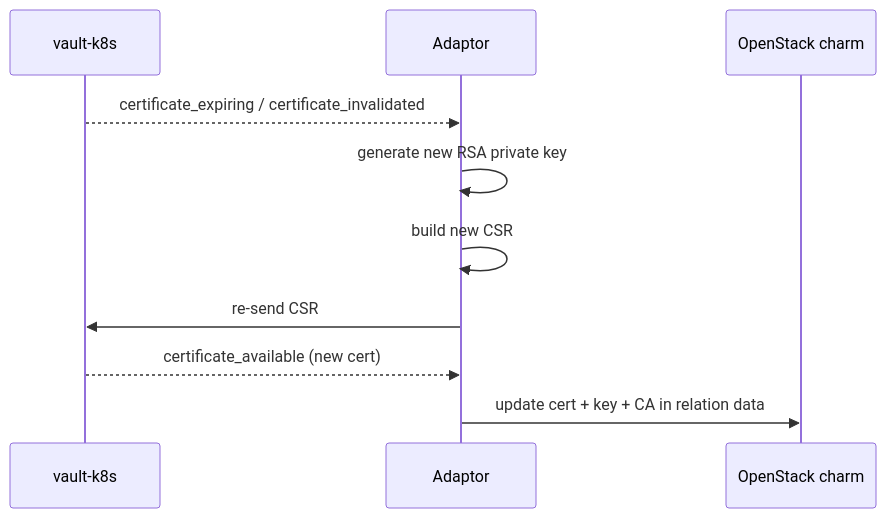
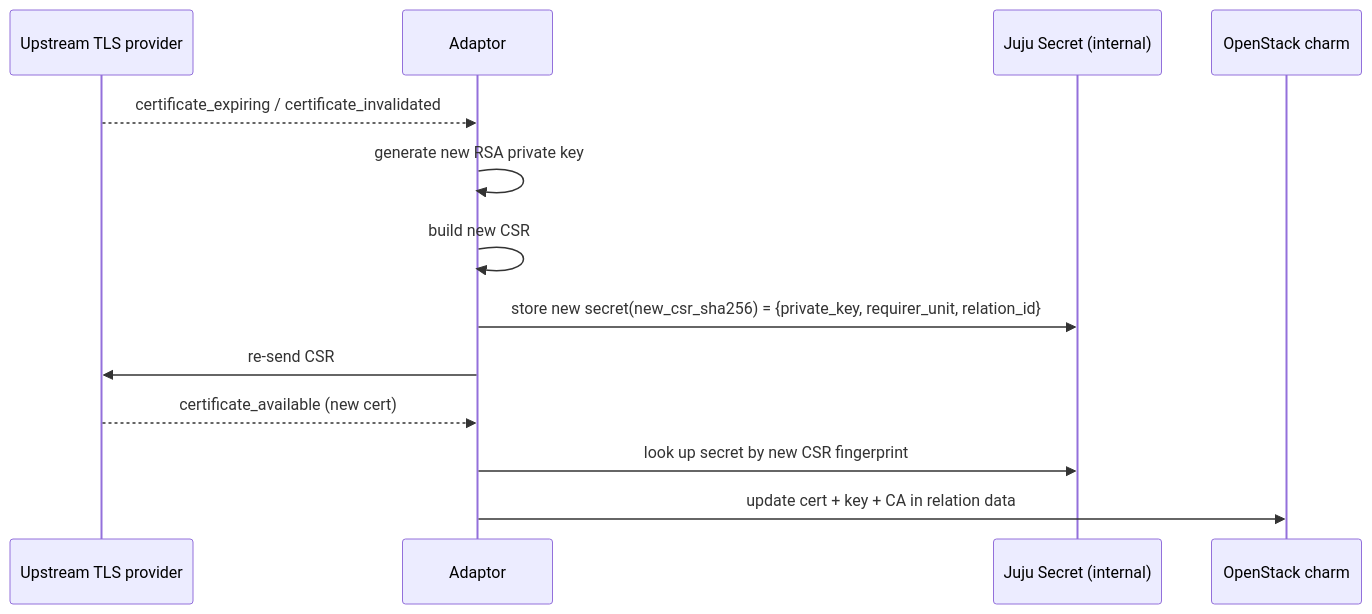
One commit to chanchiwai-ray/tls-certificates-adaptor-operator changed the third of 4 diagrams in docs/specs/2026-04-09-tls-certificate-adaptor/spec.md. Above: the diagram before and after it, drawn with Mermaid. The commit also changed other lines of this file and 2 other files, not shown here.

````diff
--- a/docs/specs/2026-04-09-tls-certificate-adaptor/spec.md
+++ b/docs/specs/2026-04-09-tls-certificate-adaptor/spec.md
@@ -71,13 +73,16 @@
 ```mermaid
 sequenceDiagram
-    participant VK as vault-k8s
+    participant UP as Upstream TLS provider
     participant AD as Adaptor
+    participant JS as Juju Secret (internal)
     participant OC as OpenStack charm
 
-    VK-->>AD: certificate_expiring / certificate_invalidated
+    UP-->>AD: certificate_expiring / certificate_invalidated
     AD->>AD: generate new RSA private key
     AD->>AD: build new CSR
-    AD->>VK: re-send CSR
-    VK-->>AD: certificate_available (new cert)
+    AD->>JS: store new secret(new_csr_sha256) = {private_key, requirer_unit, relation_id}
+    AD->>UP: re-send CSR
+    UP-->>AD: certificate_available (new cert)
+    AD->>JS: look up secret by new CSR fingerprint
     AD->>OC: update cert + key + CA in relation data
 ```
````
